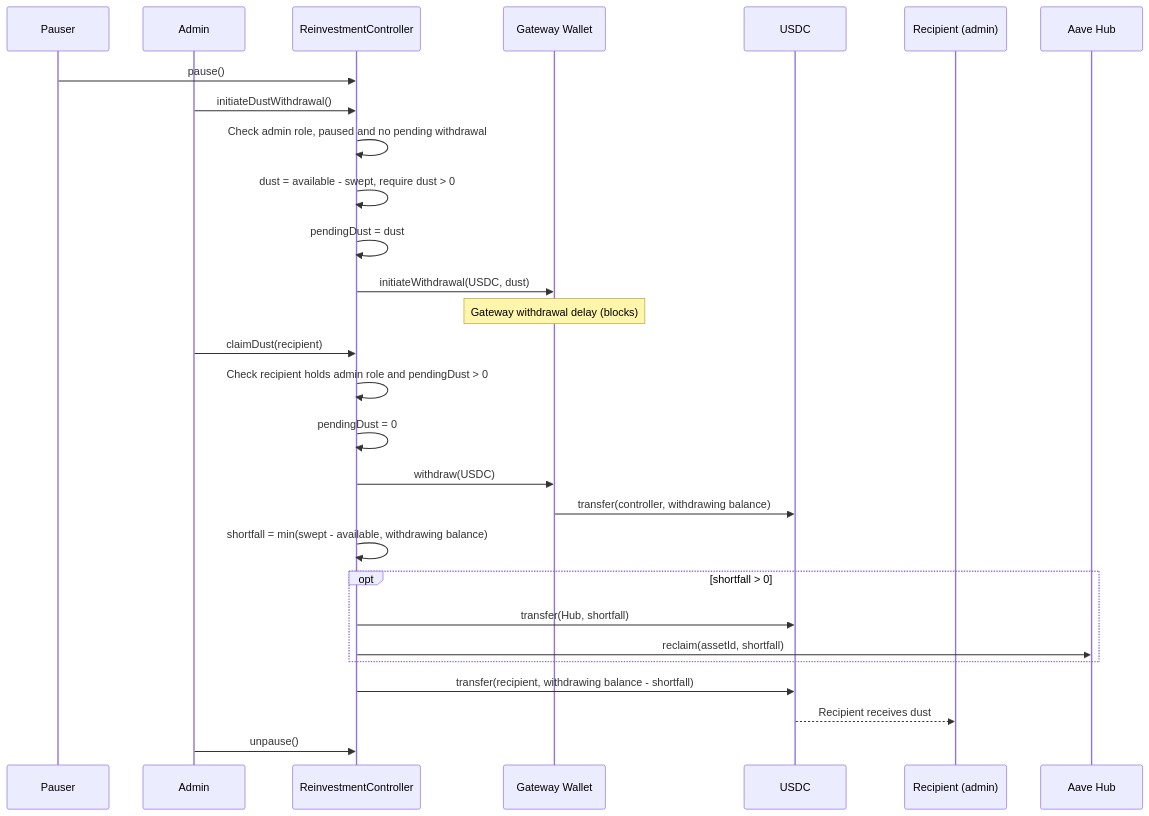
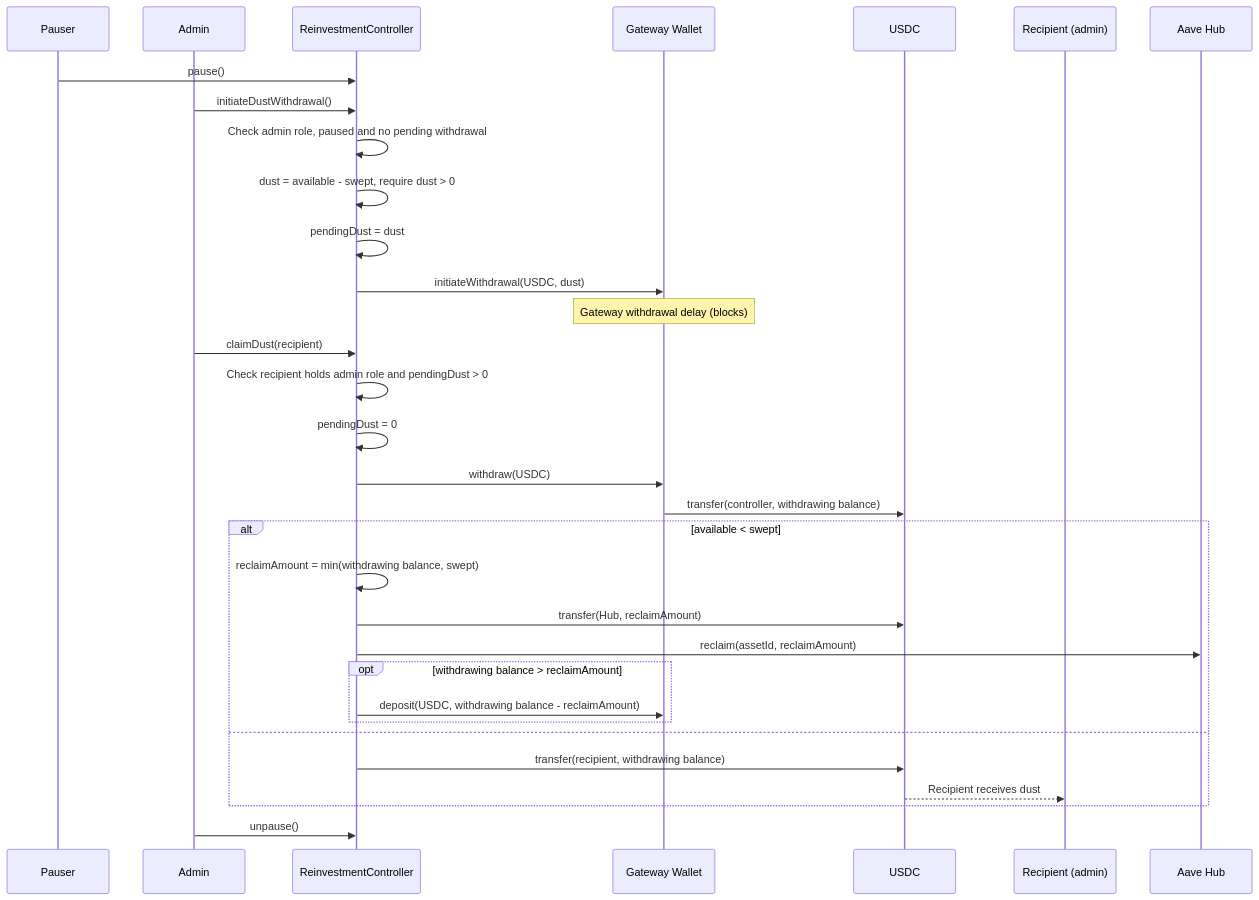
Before and after one commit to TokenLogic-com-au/reinvestment-controllers: the sixth of 6 diagrams in DIAGRAMS.md, drawn with Mermaid. The commit also changed other lines of this file and 1 other file, not shown here.

Commit message:
Adjust docs.

````diff
--- a/DIAGRAMS.md
+++ b/DIAGRAMS.md
@@ -204,31 +207,35 @@
 ```mermaid
 sequenceDiagram
     participant P as Pauser
     participant A as Admin
     participant C as ReinvestmentController
     participant W as Gateway Wallet
     participant U as USDC
     participant R as Recipient (admin)
     participant H as Aave Hub
 
     P->>C: pause()
     A->>C: initiateDustWithdrawal()
     C->>C: Check admin role, paused and no pending withdrawal
     C->>C: dust = available - swept, require dust > 0
     C->>C: pendingDust = dust
     C->>W: initiateWithdrawal(USDC, dust)
     Note over W: Gateway withdrawal delay (blocks)
     A->>C: claimDust(recipient)
     C->>C: Check recipient holds admin role and pendingDust > 0
     C->>C: pendingDust = 0
     C->>W: withdraw(USDC)
     W->>U: transfer(controller, withdrawing balance)
-    C->>C: shortfall = min(swept - available, withdrawing balance)
-    opt shortfall > 0
-        C->>U: transfer(Hub, shortfall)
-        C->>H: reclaim(assetId, shortfall)
+    alt available < swept
+        C->>C: reclaimAmount = min(withdrawing balance, swept)
+        C->>U: transfer(Hub, reclaimAmount)
+        C->>H: reclaim(assetId, reclaimAmount)
+        opt withdrawing balance > reclaimAmount
+            C->>W: deposit(USDC, withdrawing balance - reclaimAmount)
+        end
+    else
+        C->>U: transfer(recipient, withdrawing balance)
+        U-->>R: Recipient receives dust
     end
-    C->>U: transfer(recipient, withdrawing balance - shortfall)
-    U-->>R: Recipient receives dust
     A->>C: unpause()
 ```
````
